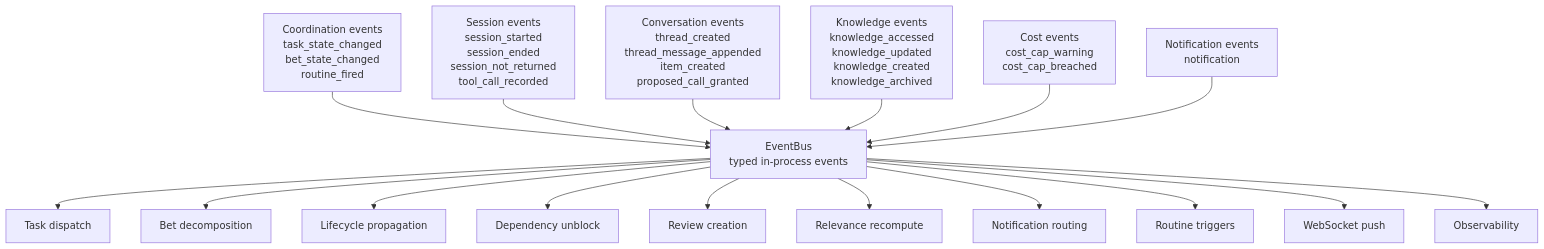
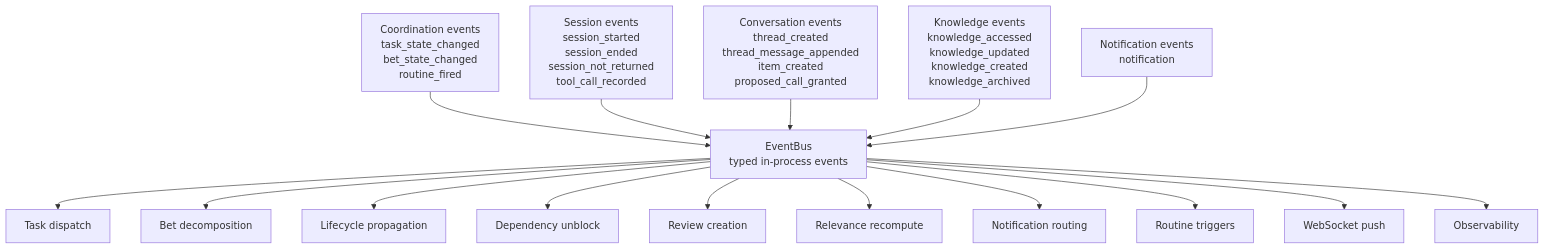
Before and after one commit to idle-builders/hyperidle: diagram 11 of 12 in docs/architecture/as-implemented-domain-architecture.md, drawn with Mermaid. The commit also changed other lines of this file and 131 other files, not shown here.

````diff
--- a/docs/architecture/as-implemented-domain-architecture.md
+++ b/docs/architecture/as-implemented-domain-architecture.md
@@ -343,22 +343,21 @@
 ```mermaid
 flowchart TB
   EventBus["EventBus\ntyped in-process events"]
 
   CoordinationEvents["Coordination events\ntask_state_changed\nbet_state_changed\nroutine_fired"] --> EventBus
   SessionEvents["Session events\nsession_started\nsession_ended\nsession_not_returned\ntool_call_recorded"] --> EventBus
   ConversationEvents["Conversation events\nthread_created\nthread_message_appended\nitem_created\nproposed_call_granted"] --> EventBus
   KnowledgeEvents["Knowledge events\nknowledge_accessed\nknowledge_updated\nknowledge_created\nknowledge_archived"] --> EventBus
-  CostEvents["Cost events\ncost_cap_warning\ncost_cap_breached"] --> EventBus
   NotificationEvents["Notification events\nnotification"] --> EventBus
 
   EventBus --> TaskDispatch["Task dispatch"]
   EventBus --> Decomposition["Bet decomposition"]
   EventBus --> Lifecycle["Lifecycle propagation"]
   EventBus --> Dependency["Dependency unblock"]
   EventBus --> ReviewCreation["Review creation"]
   EventBus --> Relevance["Relevance recompute"]
   EventBus --> Notifications["Notification routing"]
   EventBus --> Routines["Routine triggers"]
   EventBus --> Push["WebSocket push"]
   EventBus --> Observability["Observability"]
 ```
````
